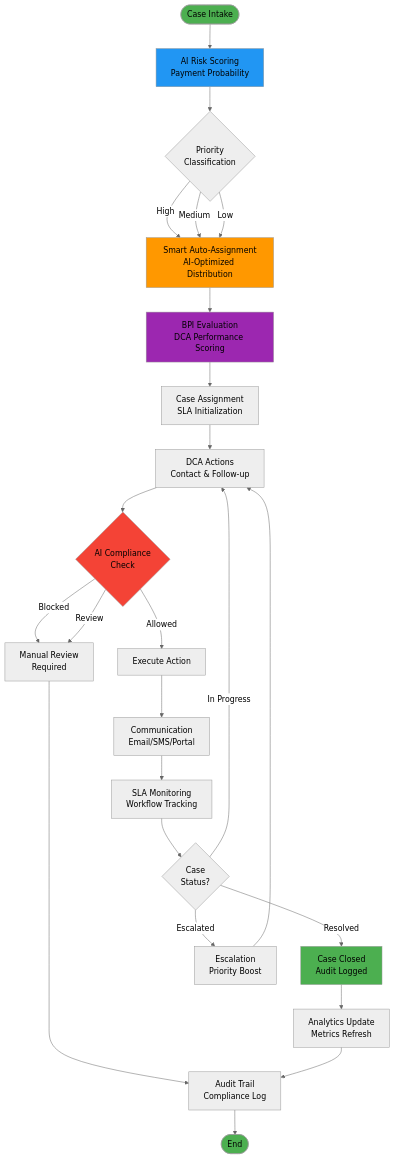
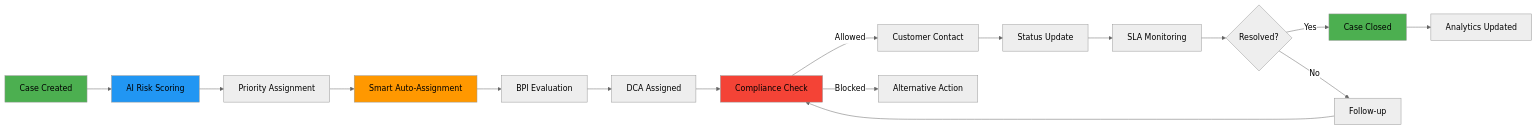
One commit to abisheik687/collectIQ changed the second of 2 diagrams in README.md. Above: the diagram before and after it, drawn with Mermaid (neutral theme). The commit also changed other lines of this file and 54 other files, not shown here.

````diff
--- a/README.md
+++ b/README.md
@@ -51,43 +220,24 @@
 ```mermaid
-flowchart TD
-    Start([Case Intake]) --> ML[AI Risk Scoring<br/>Payment Probability]
-    ML --> Priority{Priority<br/>Classification}
+flowchart LR
+    A[Case Created] --> B[AI Risk Scoring]
+    B --> C[Priority Assignment]
+    C --> D[Smart Auto-Assignment]
+    D --> E[BPI Evaluation]
+    E --> F[DCA Assigned]
+    F --> G[Compliance Check]
+    G -->|Allowed| H[Customer Contact]
+    G -->|Blocked| I[Alternative Action]
+    H --> J[Status Update]
+    J --> K[SLA Monitoring]
+    K --> L{Resolved?}
+    L -->|Yes| M[Case Closed]
+    L -->|No| N[Follow-up]
+    N --> G
+    M --> O[Analytics Updated]
     
-    Priority -->|High| AutoAssign[Smart Auto-Assignment<br/>AI-Optimized Distribution]
-    Priority -->|Medium| AutoAssign
-    Priority -->|Low| AutoAssign
-    
-    AutoAssign --> BPI[BPI Evaluation<br/>DCA Performance Scoring]
-    BPI --> Assign[Case Assignment<br/>SLA Initialization]
-    
-    Assign --> DCA[DCA Actions<br/>Contact & Follow-up]
-    
-    DCA --> Compliance{AI Compliance<br/>Check}
-    
-    Compliance -->|Blocked| Review[Manual Review<br/>Required]
-    Compliance -->|Review| Review
-    Compliance -->|Allowed| Execute[Execute Action]
-    
-    Execute --> Comm[Communication<br/>Email/SMS/Portal]
-    Comm --> Monitor[SLA Monitoring<br/>Workflow Tracking]
-    
-    Monitor --> Status{Case<br/>Status?}
-    Status -->|Resolved| Close[Case Closed<br/>Audit Logged]
-    Status -->|Escalated| Escalate[Escalation<br/>Priority Boost]
-    Status -->|In Progress| DCA
-    
-    Escalate --> DCA
-    
-    Close --> Analytics[Analytics Update<br/>Metrics Refresh]
-    Review --> Audit[Audit Trail<br/>Compliance Log]
-    Analytics --> Audit
-    Audit --> End([End])
-    
-    style Start fill:#4CAF50
-    style ML fill:#2196F3
-    style AutoAssign fill:#FF9800
-    style BPI fill:#9C27B0
-    style Compliance fill:#F44336
-    style Close fill:#4CAF50
-    style End fill:#4CAF50
+    style A fill:#4CAF50
+    style B fill:#2196F3
+    style D fill:#FF9800
+    style G fill:#F44336
+    style M fill:#4CAF50
 ```
````
